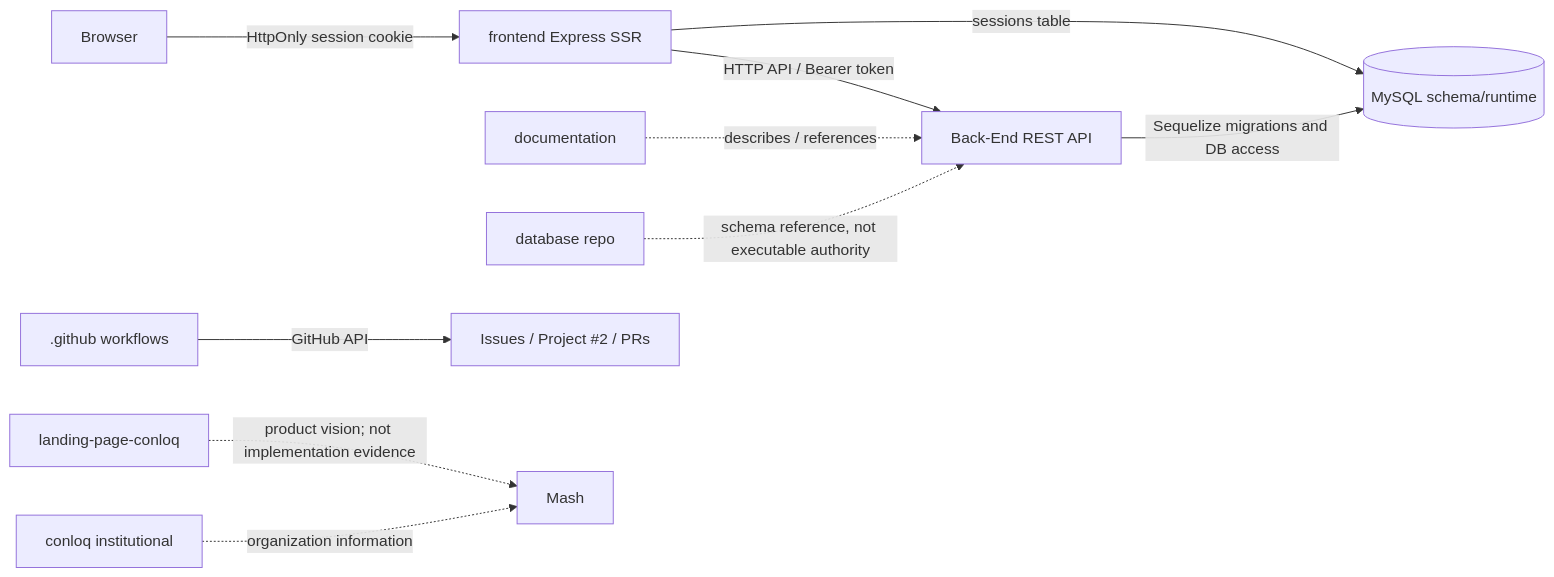
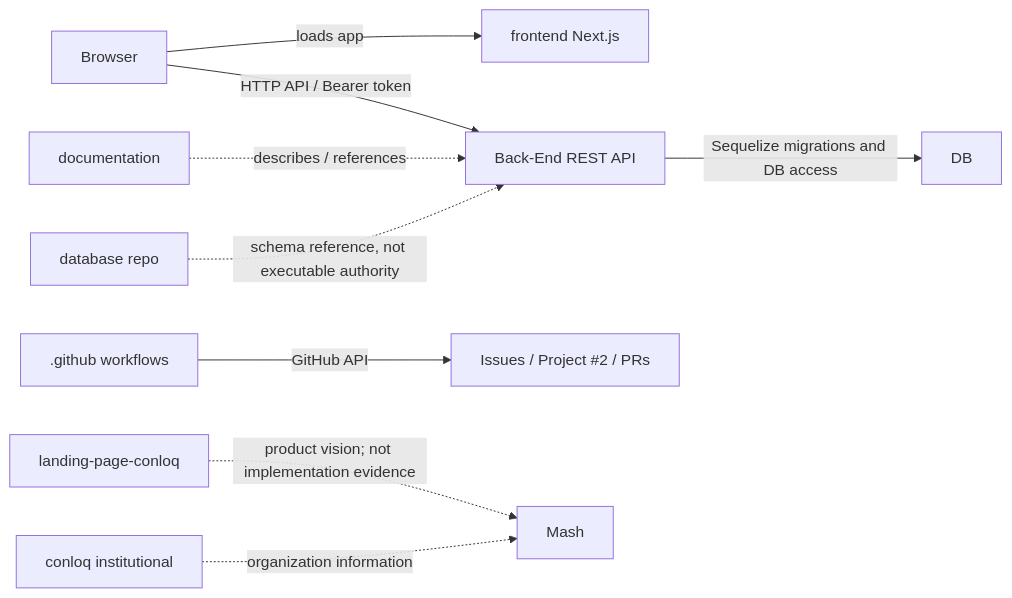
The diagram in PROJECT_CONTEXT.md (conloq/.github), drawn with Mermaid before and after one commit. The commit also changed other lines of this file, not shown here.

Commit message:
docs: alinhar o frontend ao Next.js no PROJECT_CONTEXT (#66) (#22)

````diff
--- a/PROJECT_CONTEXT.md
+++ b/PROJECT_CONTEXT.md
@@ -55,12 +55,11 @@
 ```mermaid
 flowchart LR
-  BROWSER[Browser] -->|HttpOnly session cookie| FE[frontend Express SSR]
-  FE -->|HTTP API / Bearer token| BE[Back-End REST API]
-  FE -->|sessions table| DB[(MySQL schema/runtime)]
+  BROWSER[Browser] -->|loads app| FE[frontend Next.js]
+  BROWSER -->|HTTP API / Bearer token| BE[Back-End REST API]
   BE -->|Sequelize migrations and DB access| DB
   DOC[documentation] -. describes / references .-> BE
   DBREF[database repo] -. schema reference, not executable authority .-> BE
   GH[.github workflows] -->|GitHub API| OPS[Issues / Project #2 / PRs]
   LAND[landing-page-conloq] -. product vision; not implementation evidence .-> MASH[Mash]
   INST[conloq institutional] -. organization information .-> MASH
 ```
````
